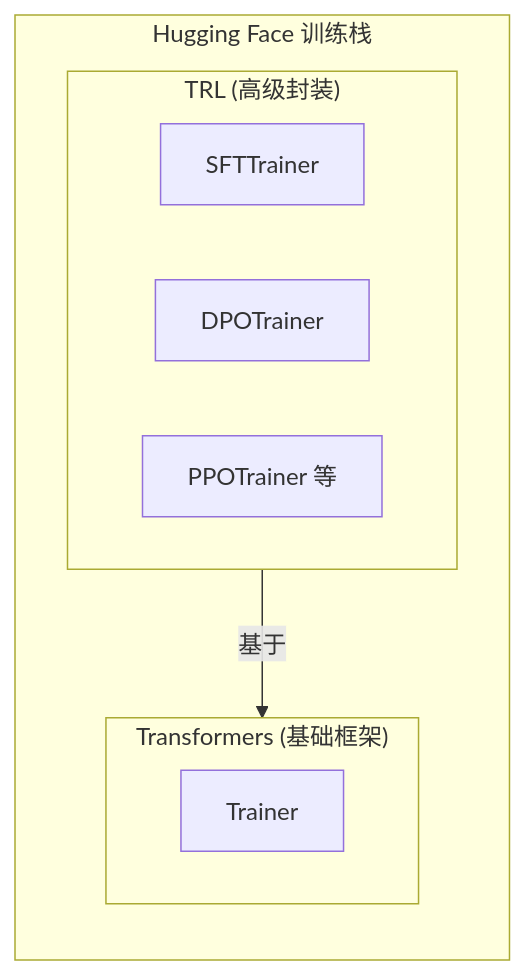
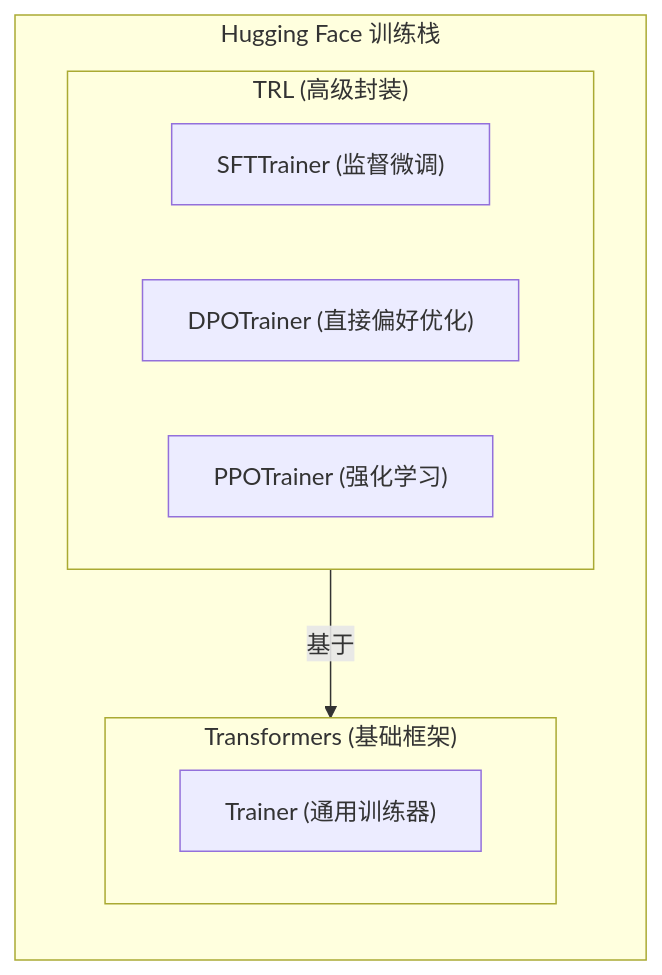
One commit to Hyacehila/hyacehila.github.io changed the diagram in _posts/2025-12-28-Re0HF-02.md. Above: the diagram before and after it, drawn with Mermaid. The commit also changed other lines of this file and 7 other files, not shown here.

````diff
--- a/_posts/2025-12-28-Re0HF-02.md
+++ b/_posts/2025-12-28-Re0HF-02.md
@@ -44,17 +33,17 @@
 ```mermaid
 graph TB
     subgraph Stack["Hugging Face 训练栈"]
         direction TB
         subgraph TRL["TRL (高级封装)"]
-            SFTTrainer["SFTTrainer"]
-            DPOTrainer["DPOTrainer"]
-            PPOTrainer["PPOTrainer 等"]
+            SFTTrainer["SFTTrainer (监督微调)"]
+            DPOTrainer["DPOTrainer (直接偏好优化)"]
+            PPOTrainer["PPOTrainer (强化学习)"]
         end
 
         subgraph Transformers["Transformers (基础框架)"]
-            Trainer["Trainer"]
+            Trainer["Trainer (通用训练器)"]
         end
 
         TRL -->|基于| Transformers
     end
 ```
````
